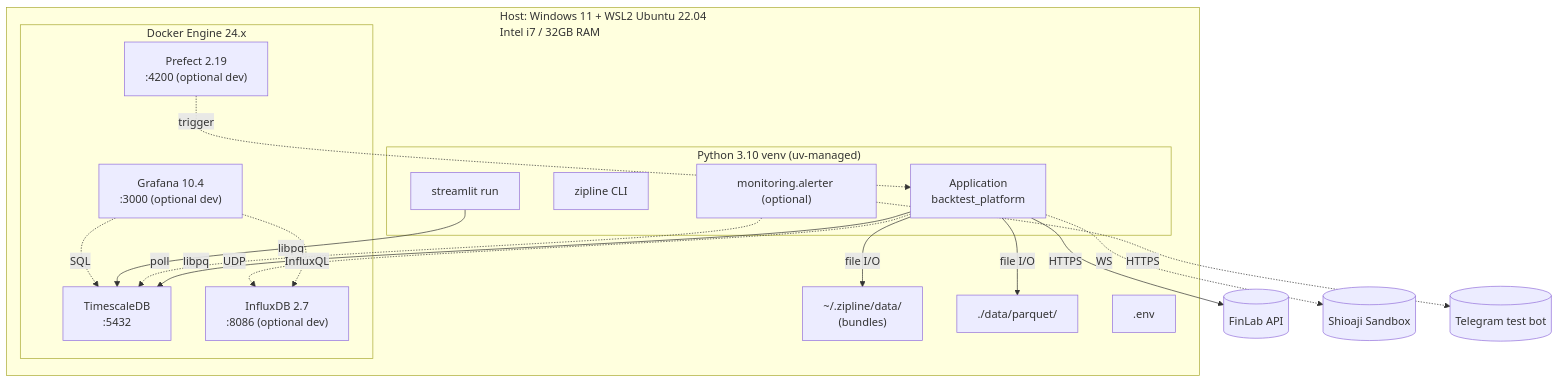
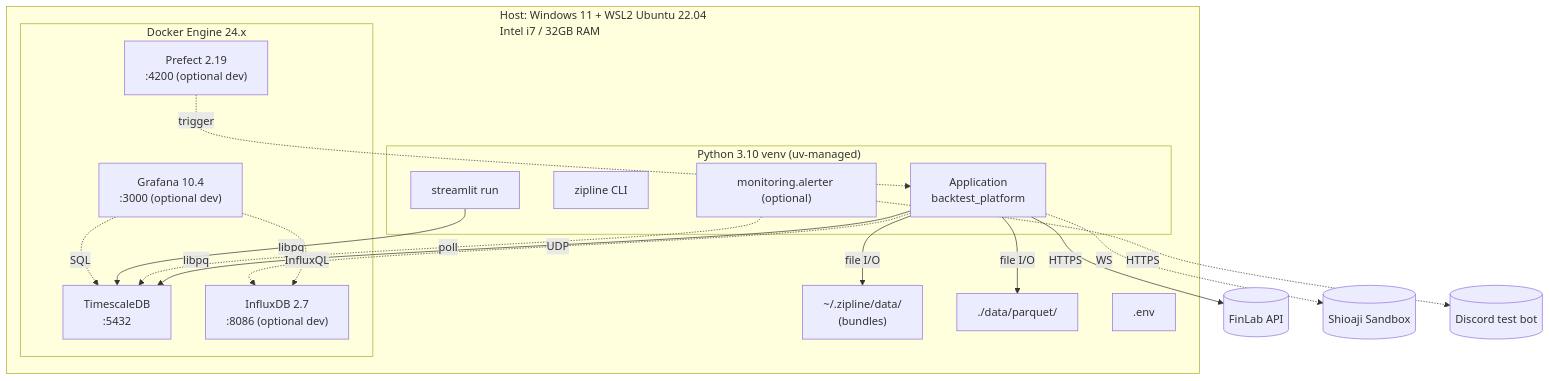
The first of 5 diagrams in dev_docs/23_deployment_topology.md (Zenobia000/Quantitative_Trading), drawn with Mermaid before and after one commit. The commit also changed other lines of this file and 12 other files, not shown here.

First line of the commit message:
docs: sweep Telegram → Discord across 13 docs (ADR-010 落地)

````diff
--- a/dev_docs/23_deployment_topology.md
+++ b/dev_docs/23_deployment_topology.md
@@ -43,39 +43,39 @@
 ```mermaid
 flowchart TB
     subgraph host["Host: Windows 11 + WSL2 Ubuntu 22.04<br/>Intel i7 / 32GB RAM"]
         subgraph venv["Python 3.10 venv (uv-managed)"]
             app["Application<br/>backtest_platform"]
             zipline_cli["zipline CLI"]
             streamlit["streamlit run"]
             alerter["monitoring.alerter (optional)"]
         end
 
         subgraph docker["Docker Engine 24.x"]
             tsdb["TimescaleDB<br/>:5432"]
             influx["InfluxDB 2.7<br/>:8086 (optional dev)"]
             grafana["Grafana 10.4<br/>:3000 (optional dev)"]
             prefect["Prefect 2.19<br/>:4200 (optional dev)"]
         end
 
         zipline_data["~/.zipline/data/<br/>(bundles)"]
         parquet["./data/parquet/"]
         envfile[".env"]
     end
 
     finlab[("FinLab API")]
     shioaji_sandbox[("Shioaji Sandbox")]
-    telegram_test[("Telegram test bot")]
+    discord_test[("Discord test bot")]
 
     app -->|"libpq"| tsdb
     app -->|"file I/O"| parquet
     app -->|"file I/O"| zipline_data
     app -->|"HTTPS"| finlab
     app -.->|"WS"| shioaji_sandbox
     alerter -.->|"poll"| tsdb
-    alerter -.->|"HTTPS"| telegram_test
+    alerter -.->|"HTTPS"| discord_test
     streamlit -->|"libpq"| tsdb
     grafana -.->|"InfluxQL"| influx
     grafana -.->|"SQL"| tsdb
     prefect -.->|"trigger"| app
     app -.->|"UDP"| influx
 ```
````
